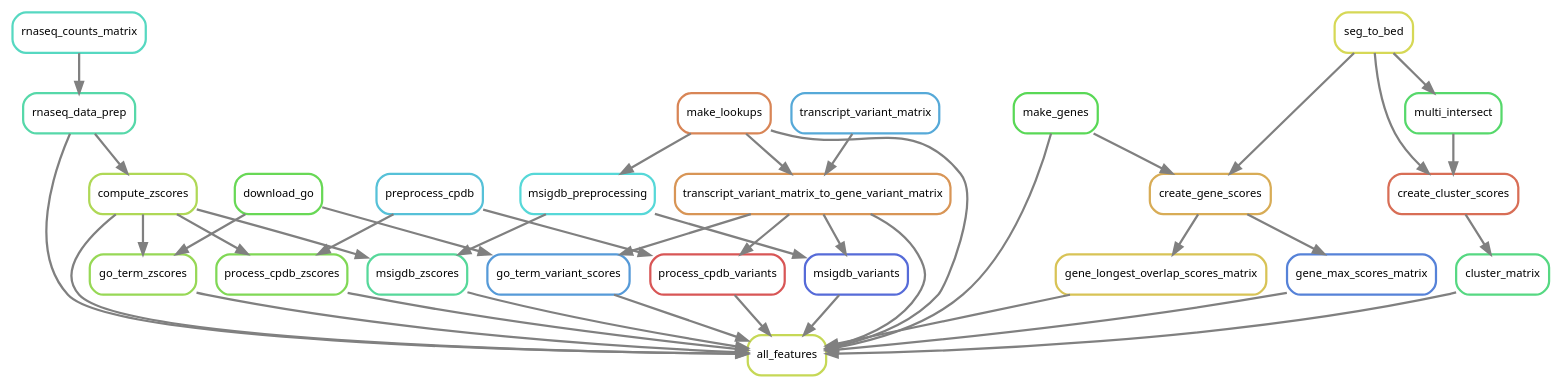
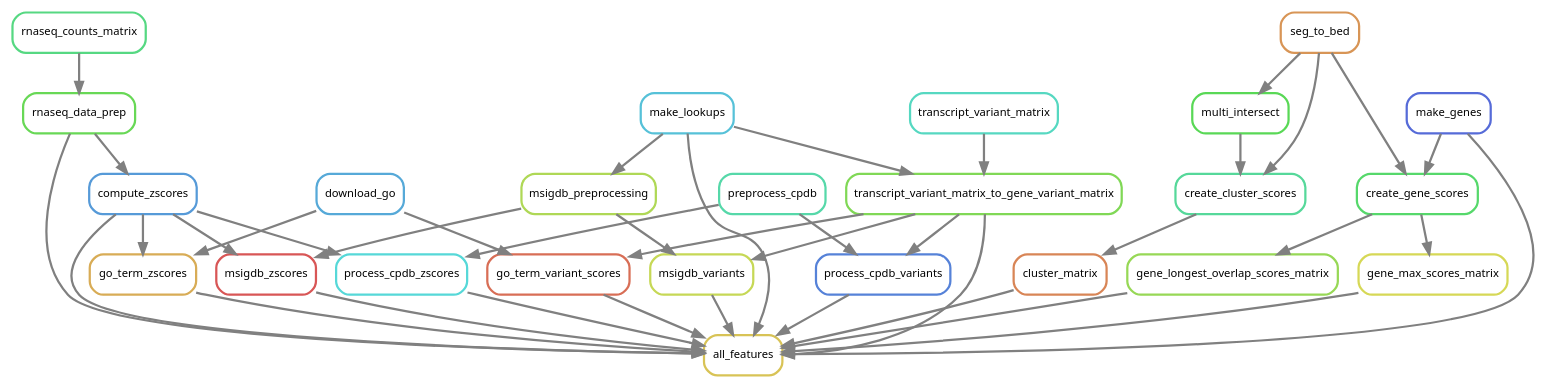
Before and after one commit to NCBI-Hackathons/Pharmacogenomics_Prediction_Pipeline_P3: the diagram in doc/source/images/all.dot, drawn with Graphviz. The commit also changed 35 other files, not shown here.

```diff
--- a/doc/source/images/all.dot
+++ b/doc/source/images/all.dot
@@ -1,68 +1,68 @@
 digraph snakemake_dag {
     graph[bgcolor=white, margin=0];
     node[shape=box, style=rounded, fontname=sans,                 fontsize=10, penwidth=2];
     edge[penwidth=2, color=grey];
-	0[label = "make_genes", color = "0.33 0.6 0.85", style="rounded"];
-	1[label = "process_cpdb_variants", color = "0.00 0.6 0.85", style="rounded"];
-	2[label = "create_cluster_scores", color = "0.03 0.6 0.85", style="rounded"];
-	3[label = "multi_intersect", color = "0.36 0.6 0.85", style="rounded"];
-	4[label = "cluster_matrix", color = "0.39 0.6 0.85", style="rounded"];
-	5[label = "transcript_variant_matrix_to_gene_variant_matrix", color = "0.08 0.6 0.85", style="rounded"];
-	6[label = "compute_zscores", color = "0.22 0.6 0.85", style="rounded"];
-	7[label = "msigdb_zscores", color = "0.42 0.6 0.85", style="rounded"];
-	8[label = "create_gene_scores", color = "0.11 0.6 0.85", style="rounded"];
-	9[label = "rnaseq_data_prep", color = "0.44 0.6 0.85", style="rounded"];
-	10[label = "rnaseq_counts_matrix", color = "0.47 0.6 0.85", style="rounded"];
-	11[label = "msigdb_preprocessing", color = "0.50 0.6 0.85", style="rounded"];
-	12[label = "seg_to_bed", color = "0.17 0.6 0.85", style="rounded"];
-	13[label = "preprocess_cpdb", color = "0.53 0.6 0.85", style="rounded"];
-	14[label = "gene_longest_overlap_scores_matrix", color = "0.14 0.6 0.85", style="rounded"];
-	15[label = "transcript_variant_matrix", color = "0.56 0.6 0.85", style="rounded"];
-	16[label = "all_features", color = "0.19 0.6 0.85", style="rounded"];
-	17[label = "go_term_zscores", color = "0.25 0.6 0.85", style="rounded"];
-	18[label = "go_term_variant_scores", color = "0.58 0.6 0.85", style="rounded"];
-	19[label = "process_cpdb_zscores", color = "0.28 0.6 0.85", style="rounded"];
-	20[label = "gene_max_scores_matrix", color = "0.61 0.6 0.85", style="rounded"];
-	21[label = "download_go", color = "0.31 0.6 0.85", style="rounded"];
-	22[label = "msigdb_variants", color = "0.64 0.6 0.85", style="rounded"];
-	23[label = "make_lookups", color = "0.06 0.6 0.85", style="rounded"];
-	5 -> 1
-	13 -> 1
-	3 -> 2
-	12 -> 2
-	12 -> 3
-	2 -> 4
-	23 -> 5
-	15 -> 5
-	9 -> 6
-	11 -> 7
-	6 -> 7
-	0 -> 8
-	12 -> 8
-	10 -> 9
+	0[label = "rnaseq_data_prep", color = "0.31 0.6 0.85", style="rounded"];
+	1[label = "msigdb_zscores", color = "0.00 0.6 0.85", style="rounded"];
+	2[label = "go_term_variant_scores", color = "0.03 0.6 0.85", style="rounded"];
+	3[label = "cluster_matrix", color = "0.06 0.6 0.85", style="rounded"];
+	4[label = "create_gene_scores", color = "0.36 0.6 0.85", style="rounded"];
+	5[label = "multi_intersect", color = "0.33 0.6 0.85", style="rounded"];
+	6[label = "rnaseq_counts_matrix", color = "0.39 0.6 0.85", style="rounded"];
+	7[label = "create_cluster_scores", color = "0.42 0.6 0.85", style="rounded"];
+	8[label = "msigdb_variants", color = "0.19 0.6 0.85", style="rounded"];
+	9[label = "gene_longest_overlap_scores_matrix", color = "0.25 0.6 0.85", style="rounded"];
+	10[label = "go_term_zscores", color = "0.11 0.6 0.85", style="rounded"];
+	11[label = "all_features", color = "0.14 0.6 0.85", style="rounded"];
+	12[label = "transcript_variant_matrix", color = "0.47 0.6 0.85", style="rounded"];
+	13[label = "gene_max_scores_matrix", color = "0.17 0.6 0.85", style="rounded"];
+	14[label = "process_cpdb_zscores", color = "0.50 0.6 0.85", style="rounded"];
+	15[label = "msigdb_preprocessing", color = "0.22 0.6 0.85", style="rounded"];
+	16[label = "preprocess_cpdb", color = "0.44 0.6 0.85", style="rounded"];
+	17[label = "make_lookups", color = "0.53 0.6 0.85", style="rounded"];
+	18[label = "download_go", color = "0.56 0.6 0.85", style="rounded"];
+	19[label = "seg_to_bed", color = "0.08 0.6 0.85", style="rounded"];
+	20[label = "transcript_variant_matrix_to_gene_variant_matrix", color = "0.28 0.6 0.85", style="rounded"];
+	21[label = "compute_zscores", color = "0.58 0.6 0.85", style="rounded"];
+	22[label = "process_cpdb_variants", color = "0.61 0.6 0.85", style="rounded"];
+	23[label = "make_genes", color = "0.64 0.6 0.85", style="rounded"];
+	6 -> 0
+	15 -> 1
+	21 -> 1
+	18 -> 2
+	20 -> 2
+	7 -> 3
+	19 -> 4
+	23 -> 4
+	19 -> 5
+	19 -> 7
+	5 -> 7
+	15 -> 8
+	20 -> 8
+	4 -> 9
+	18 -> 10
+	21 -> 10
+	0 -> 11
+	13 -> 11
+	14 -> 11
+	1 -> 11
+	2 -> 11
+	3 -> 11
+	8 -> 11
+	17 -> 11
+	9 -> 11
+	10 -> 11
+	20 -> 11
+	21 -> 11
+	22 -> 11
 	23 -> 11
-	8 -> 14
-	0 -> 16
-	14 -> 16
-	1 -> 16
-	23 -> 16
-	4 -> 16
-	6 -> 16
-	17 -> 16
-	5 -> 16
-	18 -> 16
-	19 -> 16
-	20 -> 16
-	22 -> 16
-	7 -> 16
-	9 -> 16
-	21 -> 17
-	6 -> 17
-	21 -> 18
-	5 -> 18
-	13 -> 19
-	6 -> 19
-	8 -> 20
-	11 -> 22
-	5 -> 22
+	4 -> 13
+	16 -> 14
+	21 -> 14
+	17 -> 15
+	12 -> 20
+	17 -> 20
+	0 -> 21
+	20 -> 22
+	16 -> 22
 }            
```
